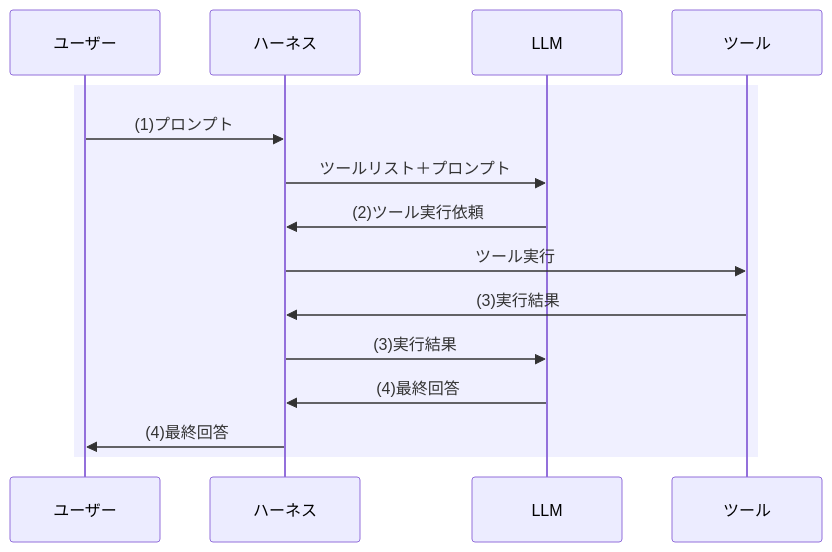
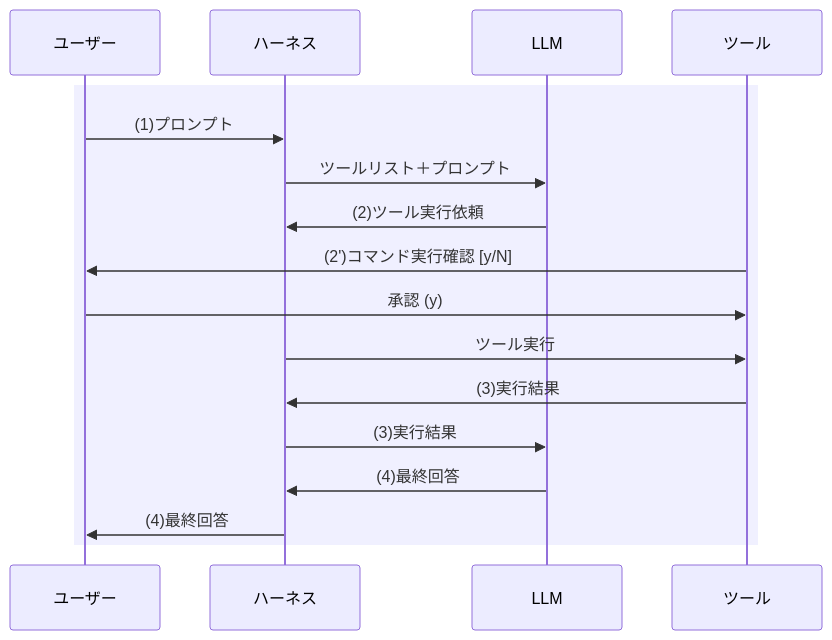
One commit to 7shi/zenn changed the second of 2 diagrams in articles/20260310-llm-harness.md. Above: the diagram before and after it, drawn with Mermaid. The commit also changed other lines of this file, not shown here.

````diff
--- a/articles/20260310-llm-harness.md
+++ b/articles/20260310-llm-harness.md
@@ -98,18 +111,20 @@
 ```mermaid
 sequenceDiagram
     participant User as ユーザー
     participant Harness as ハーネス
     participant LLM
     participant Tool as ツール
     
     rect rgb(240, 240, 255)
     User->>Harness: (1)プロンプト
     Harness->>LLM: ツールリスト＋プロンプト
     LLM->>Harness: (2)ツール実行依頼
+    Tool->>User: (2')コマンド実行確認 [y/N]
+    User->>Tool: 承認 (y)
     Harness->>Tool: ツール実行
     Tool->>Harness: (3)実行結果
     Harness->>LLM: (3)実行結果
     LLM->>Harness: (4)最終回答
     Harness->>User: (4)最終回答
     end
 ```
````
